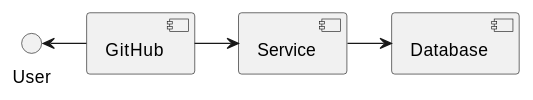
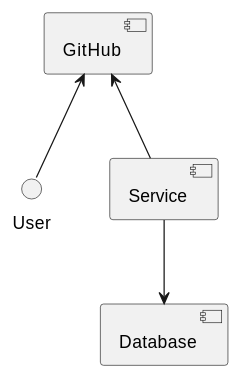
Before and after one commit to yegor256/blog: the second of 2 diagrams in _drafts/2015-11-03-chatbot-better-than-ui-for-microservice.md, drawn with PlantUML. The commit also changed other lines of this file and 4 other files, not shown here.

```diff
--- a/_drafts/2015-11-03-chatbot-better-than-ui-for-microservice.md
+++ b/_drafts/2015-11-03-chatbot-better-than-ui-for-microservice.md
@@ -99,6 +101,6 @@
 {% plantuml %}
 skinparam componentStyle uml2
-[GitHub] -left-> User
-[GitHub] -right-> [Service]
-[Service] -right-> [Database]
+[GitHub] <-down- User
+[GitHub] <-down- [Service]
+[Service] -down-> [Database]
 {% endplantuml %}
```
